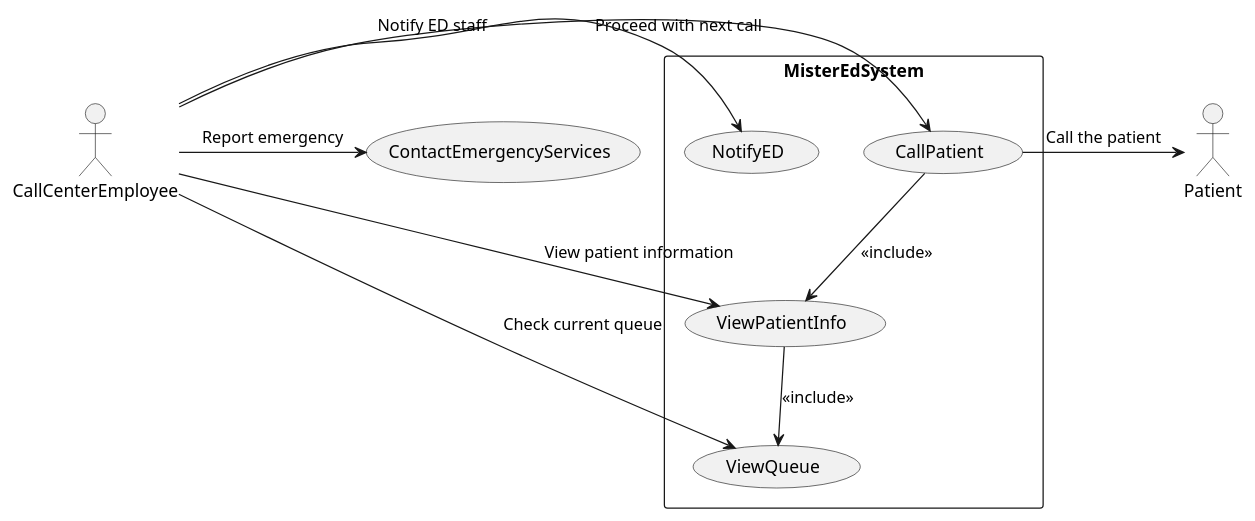
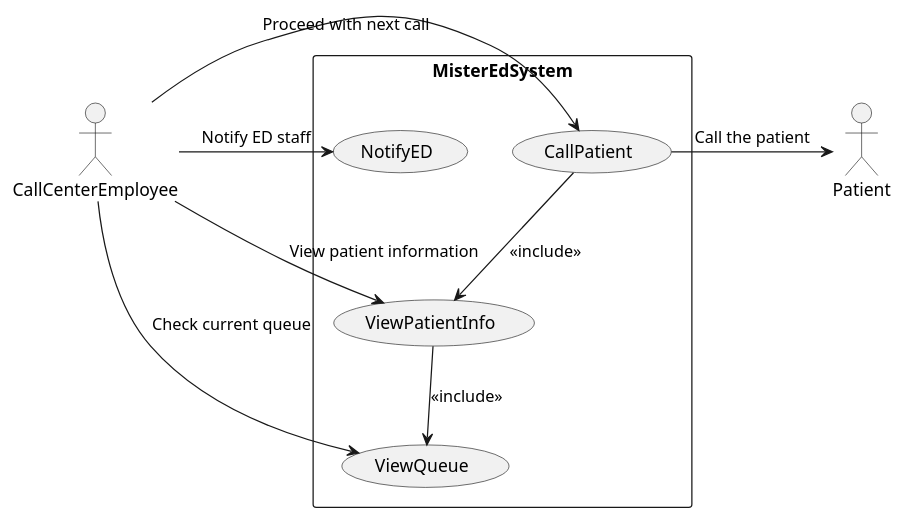
The diagram in CallCenter_UCD_CODE.puml (SENG-350-2024-fall/Team7), drawn with PlantUML before and after one commit. The commit also changed 2 other files, not shown here.

Commit message:
Got rid of ContactEmergencyServices
Got rid of ContactEmergencyServices.

```diff
--- a/CallCenter_UCD_CODE.puml
+++ b/CallCenter_UCD_CODE.puml
@@ -1,30 +1,27 @@
 @startuml
 actor CallCenterEmployee
 actor Patient
 
 rectangle MisterEdSystem {
 
     usecase ViewQueue
     usecase CallPatient
     usecase ViewPatientInfo
     usecase NotifyED
 
 }
 
-usecase ContactEmergencyServices
-
 
 CallCenterEmployee -> ViewQueue : "Check current queue"
 CallCenterEmployee -> ViewPatientInfo: "View patient information"
 CallCenterEmployee -> CallPatient : "Proceed with next call"
 CallCenterEmployee -> NotifyED : "Notify ED staff"
 
-CallCenterEmployee -> ContactEmergencyServices : "Report emergency"
 
 
 ViewPatientInfo --> ViewQueue : <<include>>
 CallPatient --> ViewPatientInfo: <<include>>
 
 CallPatient -> Patient: Call the patient
 
 @enduml
```
